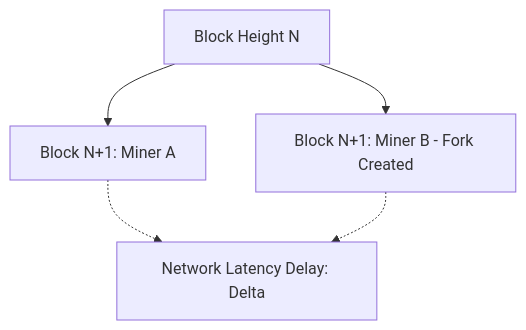
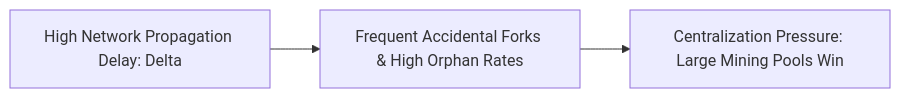
One commit to ub-society/modules changed the fourth of 6 diagrams in docs/learn/fundamentals/01-distributed-trust/04-peer-to-peer-networks-and-topologies.md. Above: the diagram before and after it, drawn with Mermaid. The commit also changed other lines of this file and 3 other files, not shown here.

````diff
--- a/docs/learn/fundamentals/01-distributed-trust/04-peer-to-peer-networks-and-topologies.md
+++ b/docs/learn/fundamentals/01-distributed-trust/04-peer-to-peer-networks-and-topologies.md
@@ -141,7 +157,5 @@
 ```mermaid
-flowchart TD
-    Genesis[Block Height N] --> BlockA[Block N+1: Miner A]
-    Genesis --> BlockB[Block N+1: Miner B - Fork Created]
-    BlockA -.-> Stale[Network Latency Delay: Delta]
-    BlockB -.-> Stale
+flowchart LR
+    Latency[High Network Propagation Delay: Delta] --> OrphanRate[Frequent Accidental Forks & High Orphan Rates]
+    OrphanRate --> Centralization[Centralization Pressure: Large Mining Pools Win]
 ```
````
